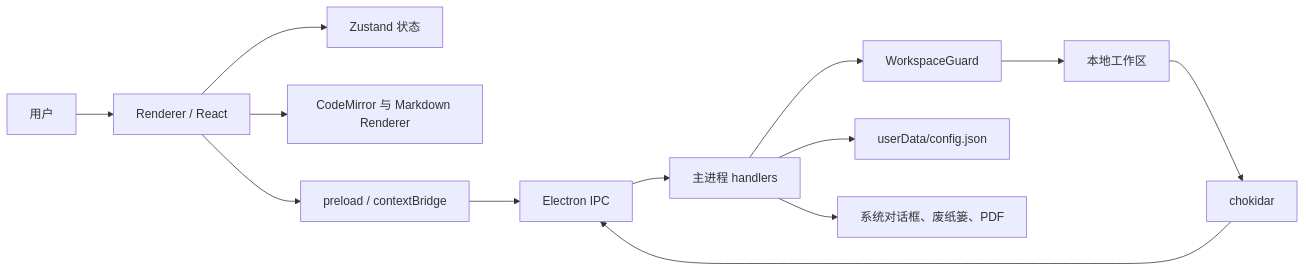
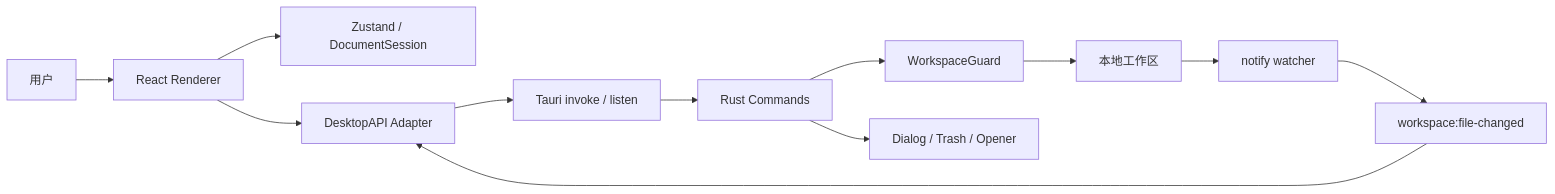
The first of 2 diagrams in document/技术架构文档.md (xiaopanopan/md-manage), drawn with Mermaid before and after one commit. The commit also changed other lines of this file and 100 other files, not shown here.

Commit message:
feat: migrate desktop runtime to Tauri

````diff
--- a/document/技术架构文档.md
+++ b/document/技术架构文档.md
@@ -29,15 +26,14 @@
 ```mermaid
 flowchart LR
-    U["用户"] --> R["Renderer / React"]
-    R --> S["Zustand 状态"]
-    R --> E["CodeMirror 与 Markdown Renderer"]
-    R --> P["preload / contextBridge"]
-    P --> I["Electron IPC"]
-    I --> M["主进程 handlers"]
-    M --> G["WorkspaceGuard"]
+    U["用户"] --> R["React Renderer"]
+    R --> Z["Zustand / DocumentSession"]
+    R --> A["DesktopAPI Adapter"]
+    A --> T["Tauri invoke / listen"]
+    T --> C["Rust Commands"]
+    C --> G["WorkspaceGuard"]
     G --> F["本地工作区"]
-    M --> C["userData/config.json"]
-    M --> O["系统对话框、废纸篓、PDF"]
-    F --> W["chokidar"]
-    W --> I
+    C --> P["Dialog / Trash / Opener"]
+    F --> N["notify watcher"]
+    N --> E["workspace:file-changed"]
+    E --> A
 ```
````
